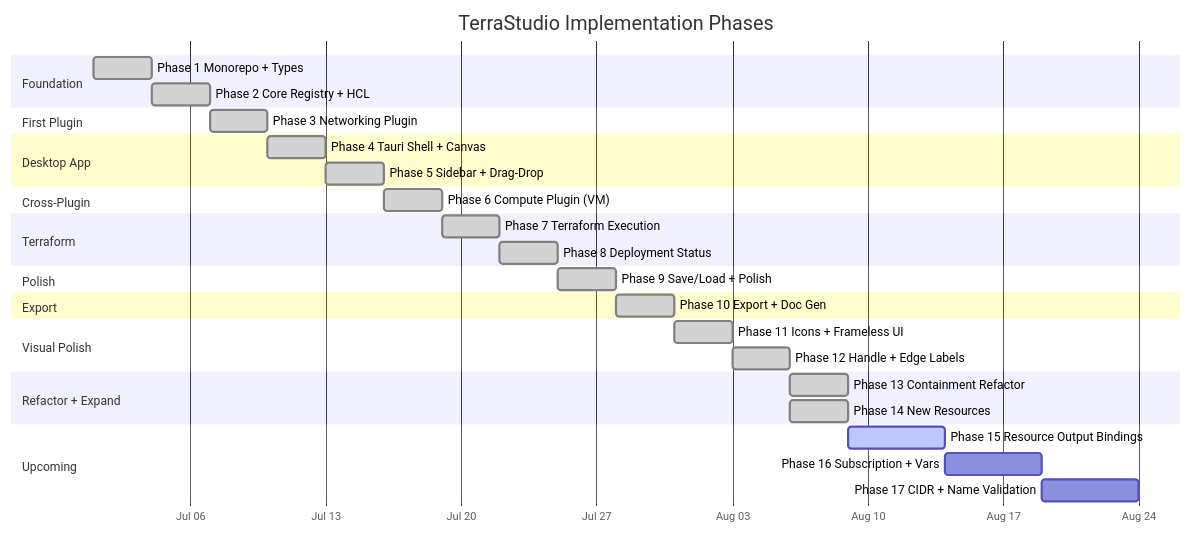
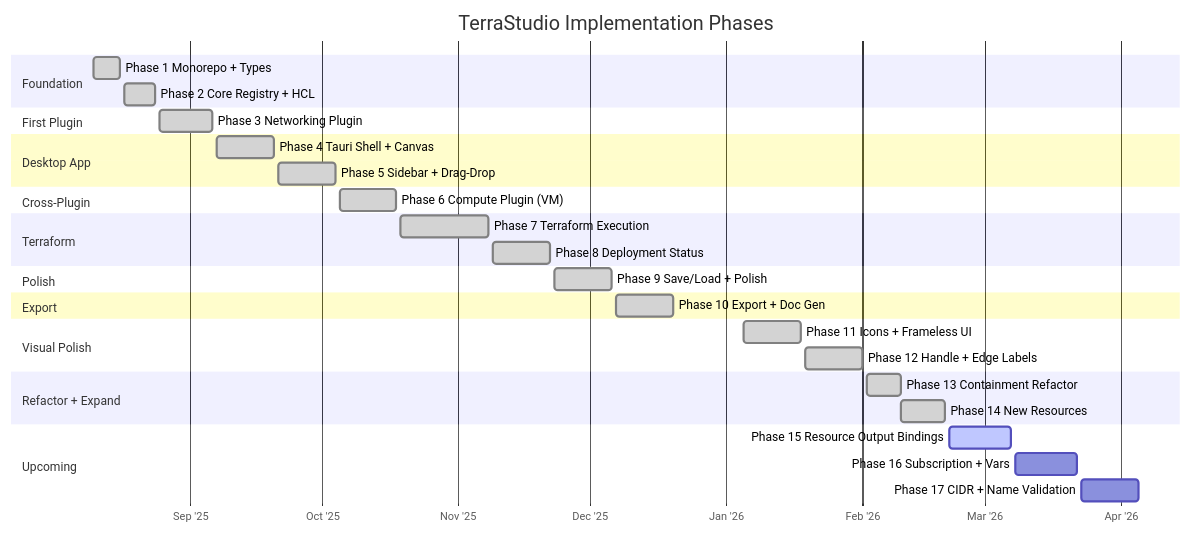
Before and after one commit to afroze9/terrastudio: the diagram in docs/implementation-roadmap.md, drawn with Mermaid.

Commit message:
docs: use realistic dates in roadmap Gantt chart

````diff
--- a/docs/implementation-roadmap.md
+++ b/docs/implementation-roadmap.md
@@ -11,43 +11,43 @@
 ```mermaid
 gantt
     title TerraStudio Implementation Phases
     dateFormat YYYY-MM-DD
-    axisFormat %b %d
+    axisFormat %b '%y
 
     section Foundation
-    Phase 1 Monorepo + Types         :done, p1, 2025-07-01, 3d
-    Phase 2 Core Registry + HCL      :done, p2, after p1, 3d
+    Phase 1 Monorepo + Types         :done, p1, 2025-08-10, 2025-08-16
+    Phase 2 Core Registry + HCL      :done, p2, 2025-08-17, 2025-08-24
 
     section First Plugin
-    Phase 3 Networking Plugin         :done, p3, after p2, 3d
+    Phase 3 Networking Plugin         :done, p3, 2025-08-25, 2025-09-06
 
     section Desktop App
-    Phase 4 Tauri Shell + Canvas      :done, p4, after p3, 3d
-    Phase 5 Sidebar + Drag-Drop       :done, p5, after p4, 3d
+    Phase 4 Tauri Shell + Canvas      :done, p4, 2025-09-07, 2025-09-20
+    Phase 5 Sidebar + Drag-Drop       :done, p5, 2025-09-21, 2025-10-04
 
     section Cross-Plugin
-    Phase 6 Compute Plugin (VM)       :done, p6, after p5, 3d
+    Phase 6 Compute Plugin (VM)       :done, p6, 2025-10-05, 2025-10-18
 
     section Terraform
-    Phase 7 Terraform Execution       :done, p7, after p6, 3d
-    Phase 8 Deployment Status         :done, p8, after p7, 3d
+    Phase 7 Terraform Execution       :done, p7, 2025-10-19, 2025-11-08
+    Phase 8 Deployment Status         :done, p8, 2025-11-09, 2025-11-22
 
     section Polish
-    Phase 9 Save/Load + Polish        :done, p9, after p8, 3d
+    Phase 9 Save/Load + Polish        :done, p9, 2025-11-23, 2025-12-06
 
     section Export
-    Phase 10 Export + Doc Gen         :done, p10, after p9, 3d
+    Phase 10 Export + Doc Gen         :done, p10, 2025-12-07, 2025-12-20
 
     section Visual Polish
-    Phase 11 Icons + Frameless UI     :done, p11, after p10, 3d
-    Phase 12 Handle + Edge Labels     :done, p12, after p11, 3d
+    Phase 11 Icons + Frameless UI     :done, p11, 2026-01-05, 2026-01-18
+    Phase 12 Handle + Edge Labels     :done, p12, 2026-01-19, 2026-02-01
 
     section Refactor + Expand
-    Phase 13 Containment Refactor     :done, p13, after p12, 3d
-    Phase 14 New Resources            :done, p14, after p12, 3d
+    Phase 13 Containment Refactor     :done, p13, 2026-02-02, 2026-02-10
+    Phase 14 New Resources            :done, p14, 2026-02-10, 2026-02-20
 
     section Upcoming
-    Phase 15 Resource Output Bindings :active, p15, after p14, 5d
-    Phase 16 Subscription + Vars      :p16, after p15, 5d
-    Phase 17 CIDR + Name Validation   :p17, after p16, 5d
+    Phase 15 Resource Output Bindings :active, p15, 2026-02-21, 2026-03-07
+    Phase 16 Subscription + Vars      :p16, 2026-03-08, 2026-03-22
+    Phase 17 CIDR + Name Validation   :p17, 2026-03-23, 2026-04-05
 ```
````
